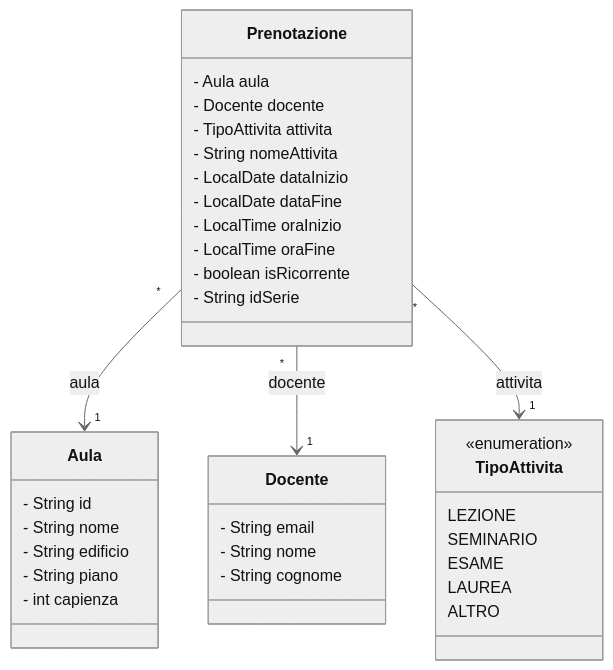
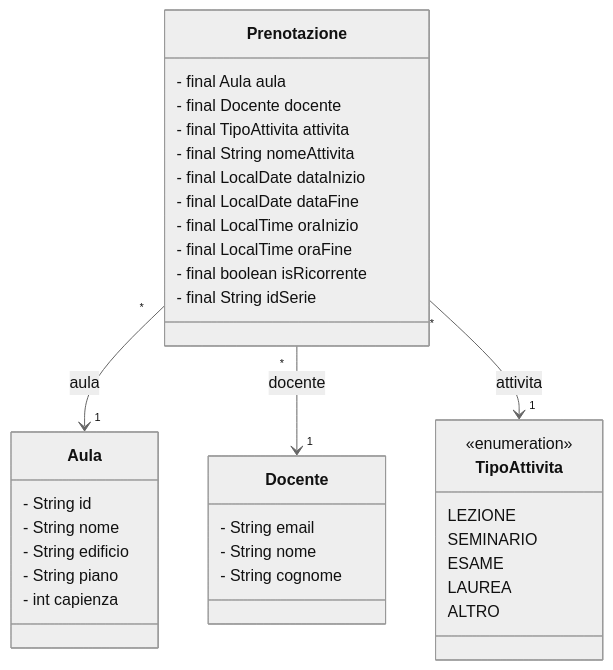
The diagram in diagrams/simpleClassDiagram.md (gcarbone48/PrenotazioneAule5), drawn with Mermaid (neutral theme) before and after one commit.

Commit message:
FIX: specificatore final su classe Prenotazione

````diff
--- a/diagrams/simpleClassDiagram.md
+++ b/diagrams/simpleClassDiagram.md
@@ -1,57 +1,57 @@
 ```mermaid
 classDiagram
     class Aula{
         - String id
         %% codice identificativo univoco
         - String nome
         - String edificio
         - String piano
         - int capienza
 
        
     }
 
     class Docente{
         - String email
         %% univoca      
         - String nome
         - String cognome
 
         
     }
 
     class Prenotazione{
-        - Aula aula
-        - Docente docente
-        - TipoAttivita attivita
-        - String nomeAttivita
-        - LocalDate dataInizio
-        - LocalDate dataFine
-        - LocalTime oraInizio
-        - LocalTime oraFine
-        - boolean isRicorrente
-        - String idSerie        
+        - final Aula aula
+        - final Docente docente
+        - final TipoAttivita attivita
+        - final String nomeAttivita
+        - final LocalDate dataInizio
+        - final LocalDate dataFine
+        - final LocalTime oraInizio
+        - final LocalTime oraFine
+        - final boolean isRicorrente
+        - final String idSerie        
         %% codice interno x controlli nostri
         
     }
 
     class TipoAttivita{
         <<enumeration>>
         LEZIONE
         SEMINARIO
         ESAME
         LAUREA
         ALTRO
     }
 
 
 
     
 
     Prenotazione "*" --> "1" Aula : aula            
     %% ogni singola Prenotazione è associata a esattamente 1 aula e 1 docente responsabile.
     Prenotazione "*" --> "1" Docente : docente       
     %% una stessa Aula (o Docente) può essere associata a zero o più prenotazioni nell'archivio.
     Prenotazione "*" --> "1" TipoAttivita : attivita
 
 ```
````
